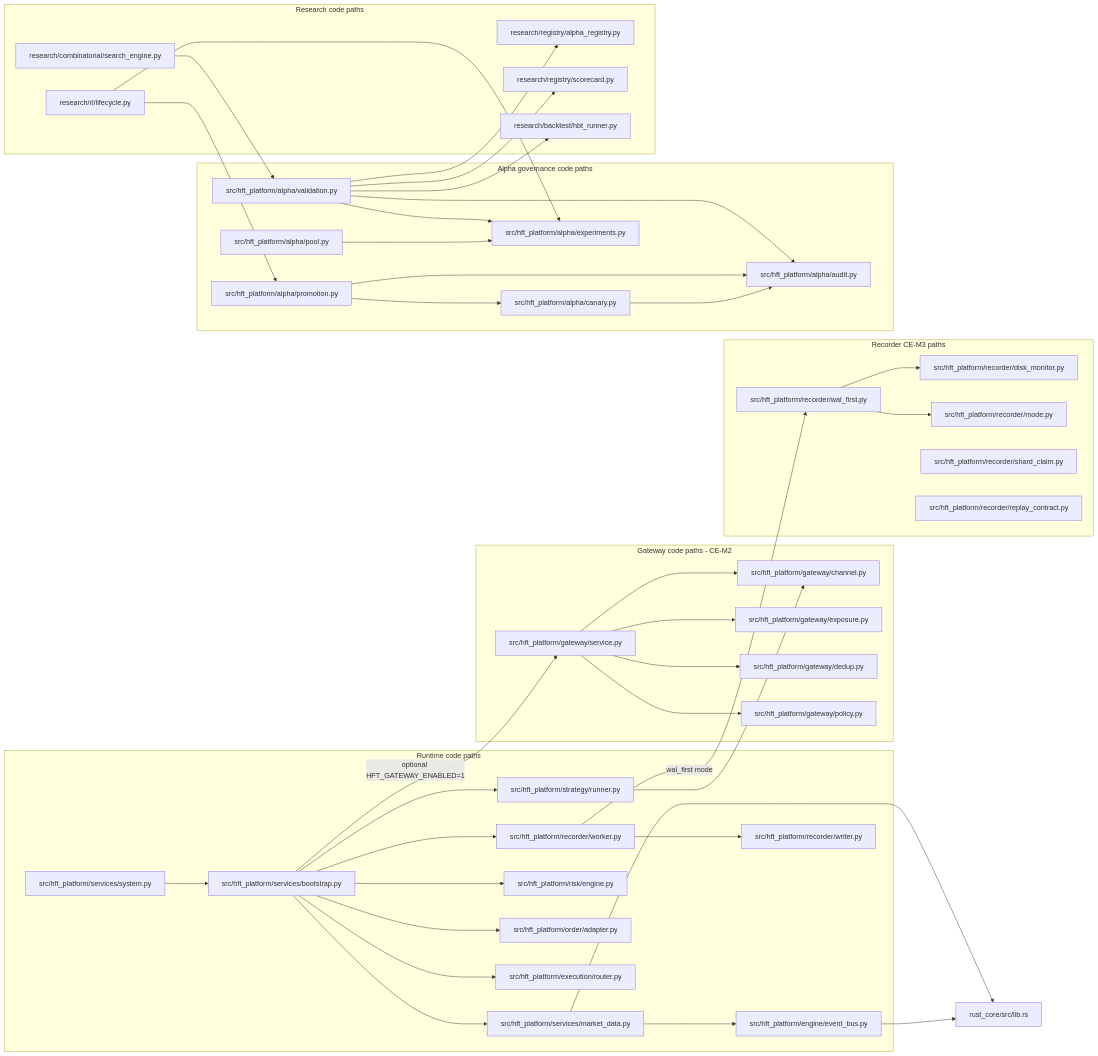
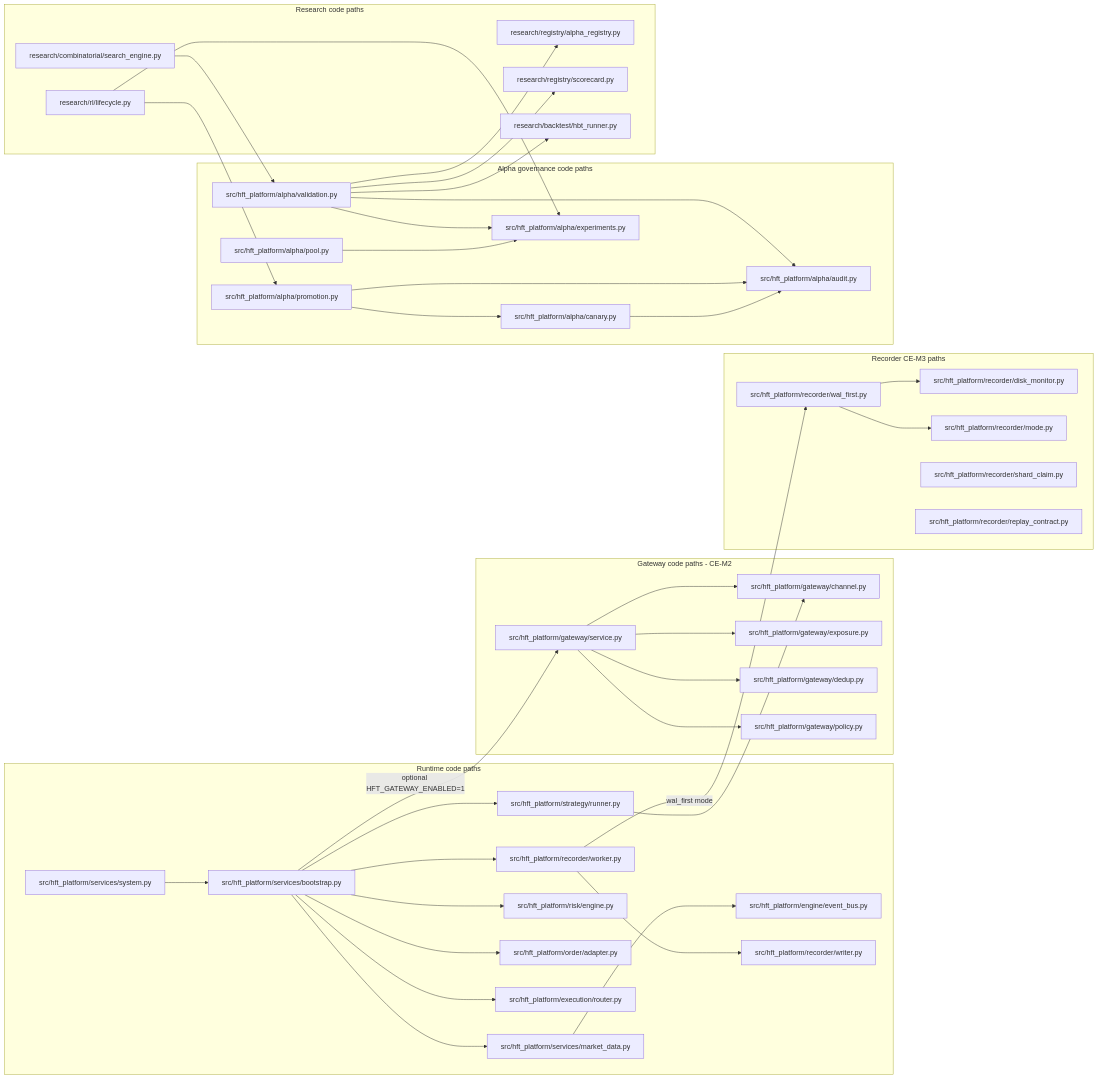
The fifth of 5 diagrams in docs/architecture/c4-model-current.md (Charliesj0129/subhft), drawn with Mermaid before and after one commit. The commit also changed other lines of this file and 264 other files, not shown here.

```diff
--- a/docs/architecture/c4-model-current.md
+++ b/docs/architecture/c4-model-current.md
@@ -250,8 +247,6 @@
     rl[research/rl/lifecycle.py]
   end
 
-  rustcore[rust_core/src/lib.rs]
-
   hftsystem --> bootstrap
   bootstrap --> md
   bootstrap --> strat
@@ -265,8 +260,6 @@
   recorder -->|wal_first mode| walfirst
   walfirst --> diskmon
   walfirst --> recmode
-  md --> rustcore
-  bus --> rustcore
   strat --> gwchannel
   gwservice --> gwchannel
   gwservice --> gwexposure
```
